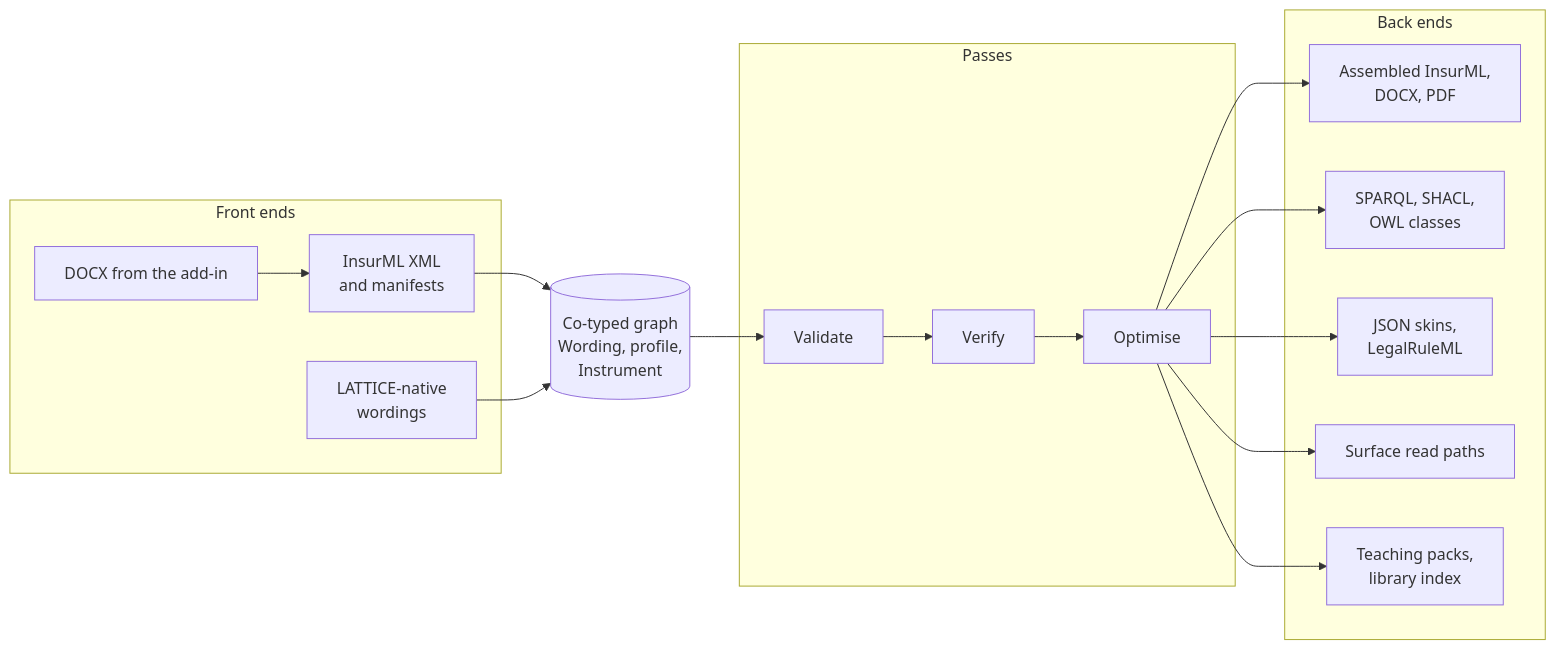
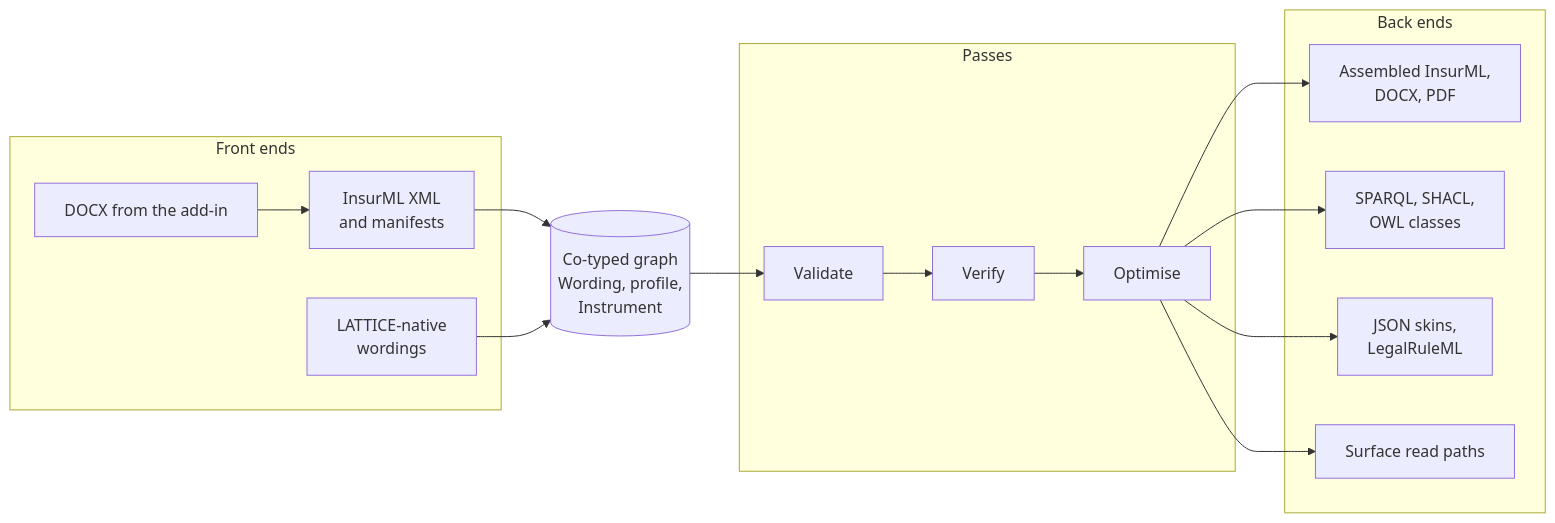
One commit to nebularis/lattice changed the second of 4 diagrams in docs/developer/sketches/insurml-toolchain-and-ai.md. Above: the diagram before and after it, drawn with Mermaid. The commit also changed other lines of this file and 4 other files, not shown here.

````diff
--- a/docs/developer/sketches/insurml-toolchain-and-ai.md
+++ b/docs/developer/sketches/insurml-toolchain-and-ai.md
@@ -102,30 +102,28 @@
 ```mermaid
 flowchart LR
     subgraph FE["Front ends"]
         F1["InsurML XML<br/>and manifests"]
         F2["DOCX from the add-in"]
         F3["LATTICE-native<br/>wordings"]
     end
     IR[("Co-typed graph<br/>Wording, profile,<br/>Instrument")]
     subgraph PS["Passes"]
         P1["Validate"]
         P2["Verify"]
         P3["Optimise"]
     end
     subgraph BE["Back ends"]
         B1["Assembled InsurML,<br/>DOCX, PDF"]
         B2["SPARQL, SHACL,<br/>OWL classes"]
         B3["JSON skins,<br/>LegalRuleML"]
         B4["Surface read paths"]
-        B5["Teaching packs,<br/>library index"]
     end
     F1 --> IR
     F2 --> F1
     F3 --> IR
     IR --> P1 --> P2 --> P3
     P3 --> B1
     P3 --> B2
     P3 --> B3
     P3 --> B4
-    P3 --> B5
 ```
````
